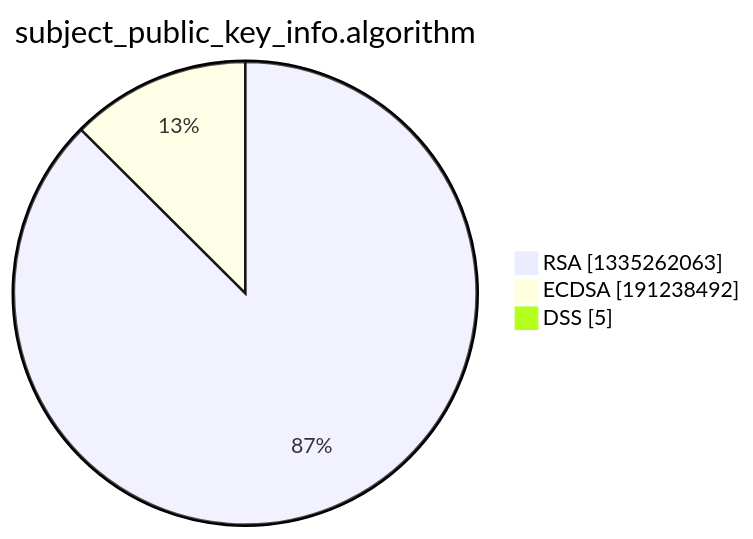
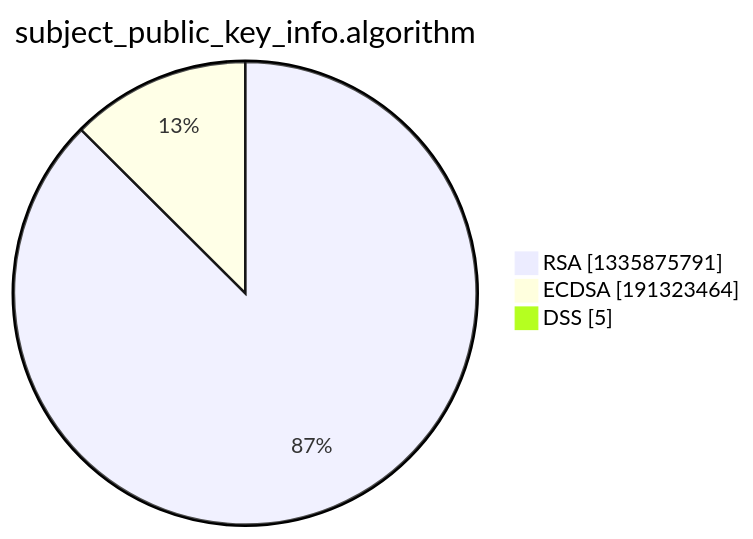
Before and after one commit to christiankrug/ctmonitor_visualization: the third of 15 diagrams in xenon2022/README.md, drawn with Mermaid. The commit also changed other lines of this file, not shown here.

````diff
--- a/xenon2022/README.md
+++ b/xenon2022/README.md
@@ -14,7 +14,7 @@
 ```mermaid
 pie showData
 title subject_public_key_info.algorithm
-"RSA" :1335262063
-"ECDSA" :191238492
+"RSA" :1335875791
+"ECDSA" :191323464
 "DSS" :5
 ```
````
